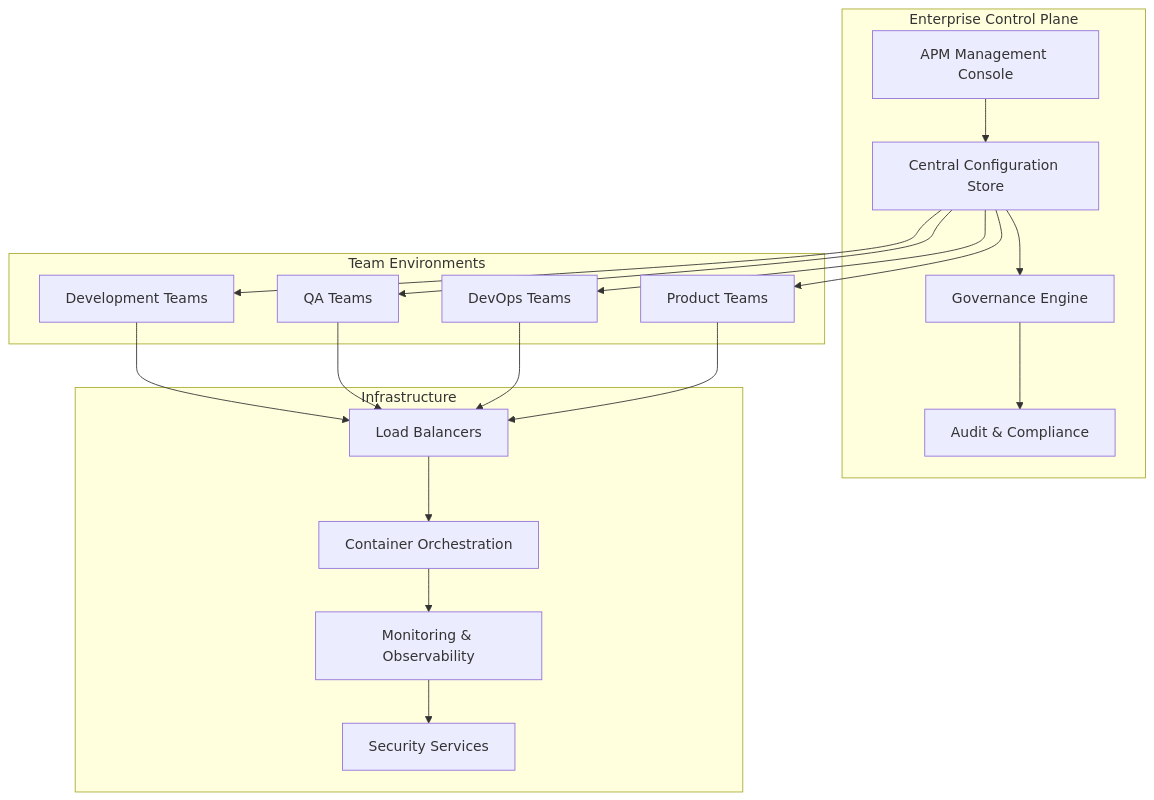
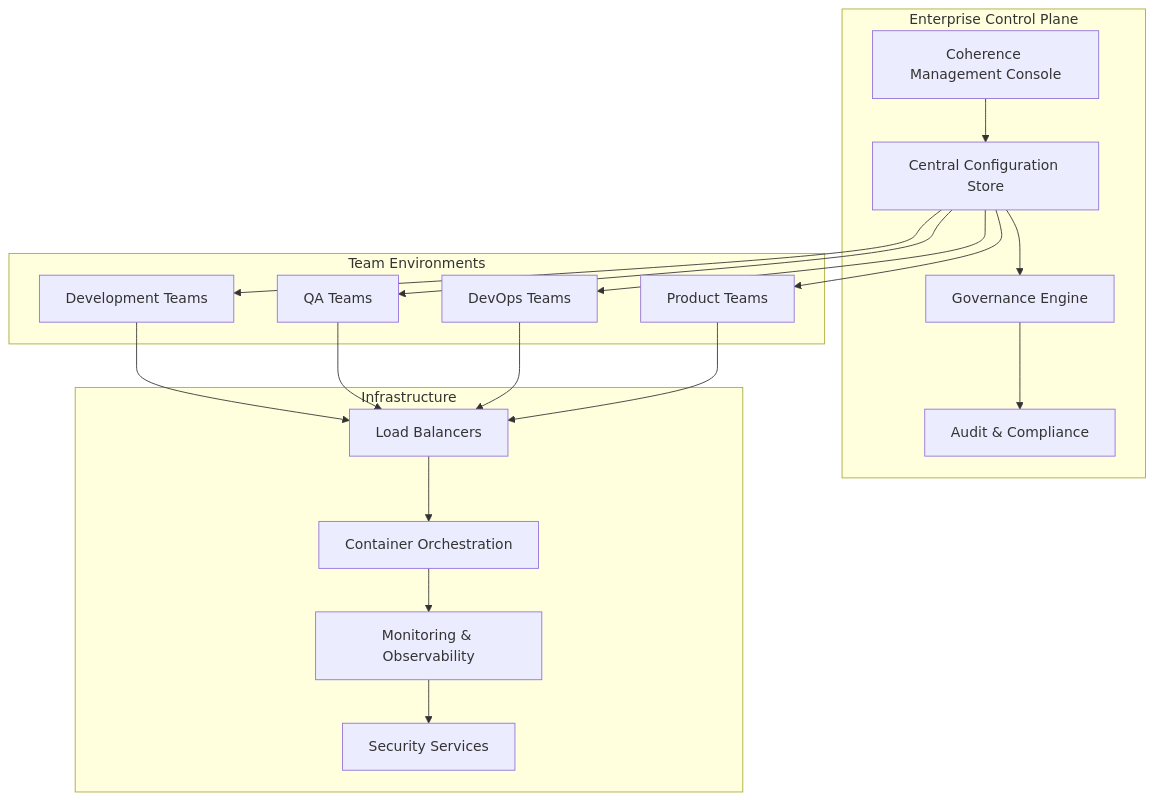
The diagram in .apm/documentation/05-advanced/enterprise-deployment.md (omayhemo/APM), drawn with Mermaid before and after one commit. The commit also changed other lines of this file and 192 other files, not shown here.

````diff
--- a/.apm/documentation/05-advanced/enterprise-deployment.md
+++ b/.apm/documentation/05-advanced/enterprise-deployment.md
@@ -18,41 +18,41 @@
 ```mermaid
 graph TB
     subgraph "Enterprise Control Plane"
-        A[APM Management Console]
+        A[Coherence Management Console]
         B[Central Configuration Store]
         C[Governance Engine]
         D[Audit & Compliance]
     end
     
     subgraph "Team Environments"
         E[Development Teams]
         F[QA Teams]  
         G[DevOps Teams]
         H[Product Teams]
     end
     
     subgraph "Infrastructure"
         I[Load Balancers]
         J[Container Orchestration]
         K[Monitoring & Observability]
         L[Security Services]
     end
     
     A --> B
     B --> C
     C --> D
     
     B --> E
     B --> F
     B --> G
     B --> H
     
     E --> I
     F --> I
     G --> I
     H --> I
     
     I --> J
     J --> K
     K --> L
 ```
````
